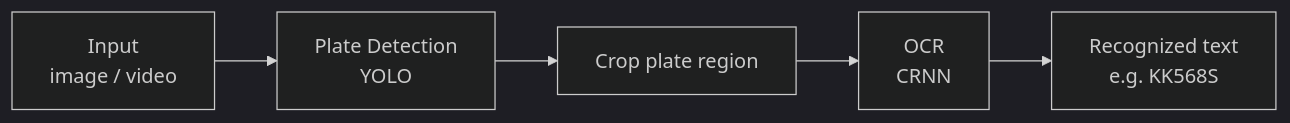
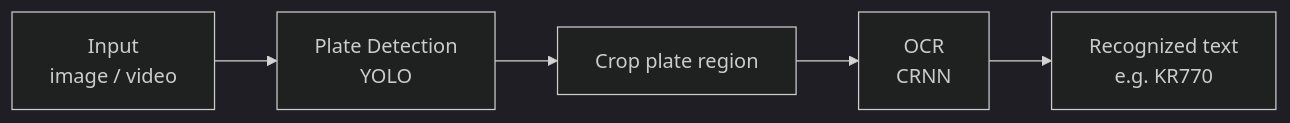
Before and after one commit to dmalynyak/ANPR-plate-recognition: the diagram in README.md, drawn with Mermaid (dark theme). The commit also changed other lines of this file, not shown here.

````diff
--- a/README.md
+++ b/README.md
@@ -57,7 +26,7 @@
 ```mermaid
 flowchart LR
     A[Input<br/>image / video] --> B[Plate Detection<br/>YOLO]
     B --> C[Crop plate region]
     C --> D[OCR<br/>CRNN]
-    D --> E[Recognized text<br/>e.g. KK568S]
+    D --> E[Recognized text<br/>e.g. KR770]
 ```
````
